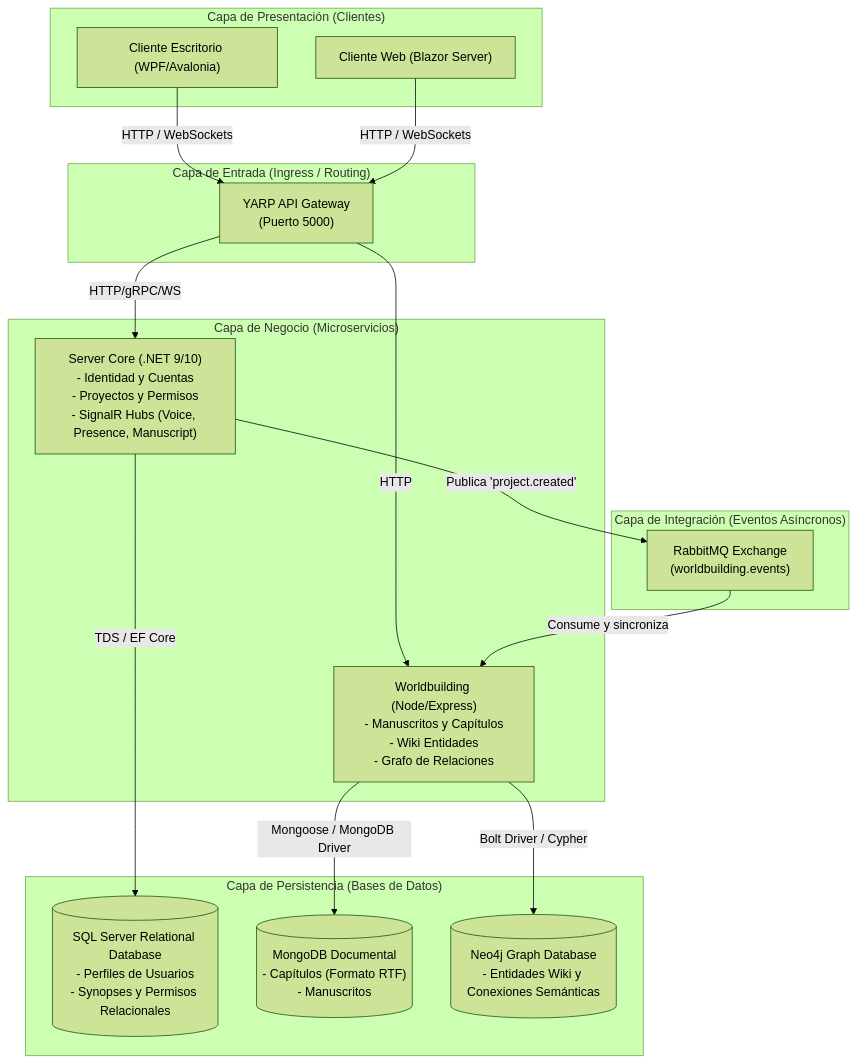
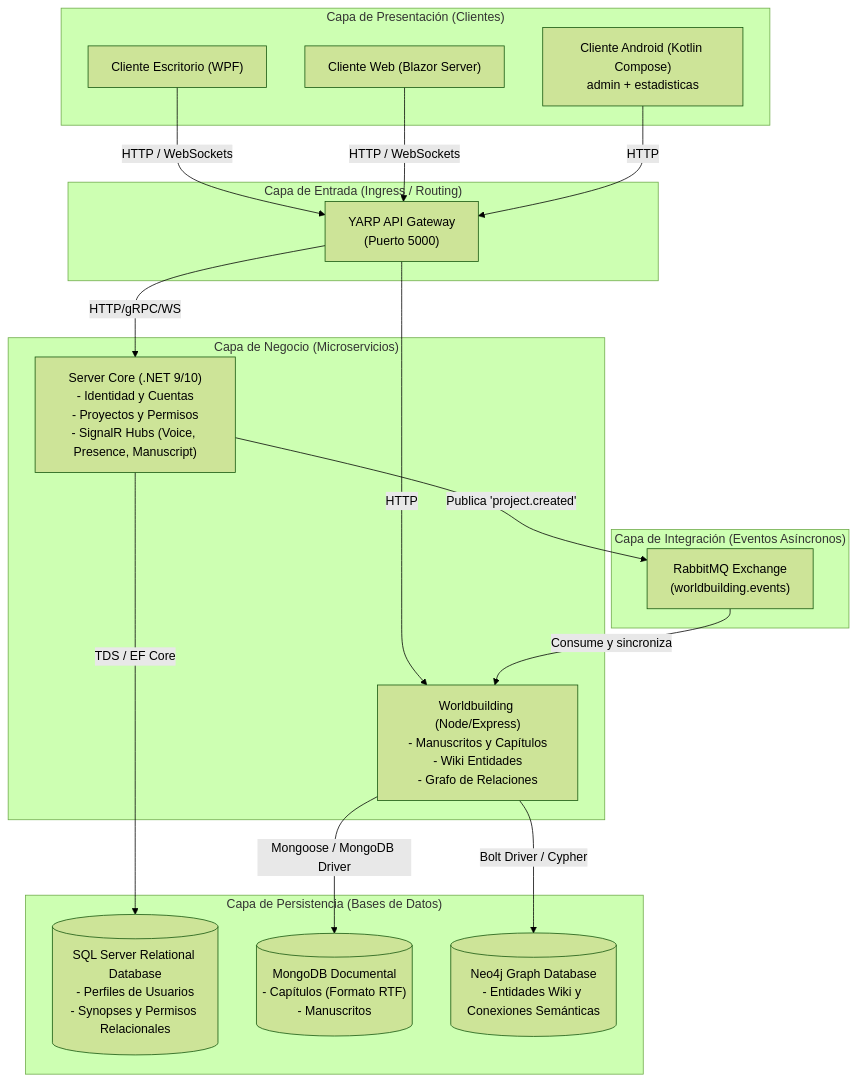
Before and after one commit to SnakeGuitar/layla-writing-platform: the first of 2 diagrams in README.md, drawn with Mermaid (forest theme). The commit also changed other lines of this file and 9 other files, not shown here.

````diff
--- a/README.md
+++ b/README.md
@@ -36,43 +38,45 @@
 ```mermaid
 graph TB
     subgraph Clientes ["Capa de Presentación (Clientes)"]
-        WPF["Cliente Escritorio (WPF/Avalonia)"]
+        WPF["Cliente Escritorio (WPF)"]
         Blazor["Cliente Web (Blazor Server)"]
+        Android["Cliente Android (Kotlin Compose)<br/>admin + estadisticas"]
     end
 
     subgraph Entrada ["Capa de Entrada (Ingress / Routing)"]
         YARP["YARP API Gateway<br/>(Puerto 5000)"]
     end
 
     subgraph Microservicios ["Capa de Negocio (Microservicios)"]
         Core["Server Core (.NET 9/10)<br/>- Identidad y Cuentas<br/>- Proyectos y Permisos<br/>- SignalR Hubs (Voice, Presence, Manuscript)"]
         WB["Worldbuilding (Node/Express)<br/>- Manuscritos y Capítulos<br/>- Wiki Entidades<br/>- Grafo de Relaciones"]
     end
 
     subgraph Mensajeria ["Capa de Integración (Eventos Asíncronos)"]
         Rabbit["RabbitMQ Exchange<br/>(worldbuilding.events)"]
     end
 
     subgraph Datos ["Capa de Persistencia (Bases de Datos)"]
         SQL[("SQL Server Relational Database<br/>- Perfiles de Usuarios<br/>- Synopses y Permisos Relacionales")]
         Mongo[("MongoDB Documental<br/>- Capítulos (Formato RTF)<br/>- Manuscritos")]
         Neo4j[("Neo4j Graph Database<br/>- Entidades Wiki y Conexiones Semánticas")]
     end
 
     %% Relaciones de clientes al Gateway
     WPF -->|HTTP / WebSockets| YARP
     Blazor -->|HTTP / WebSockets| YARP
+    Android -->|HTTP| YARP
 
     %% Enrutamiento del Gateway a microservicios
     YARP -->|HTTP/gRPC/WS| Core
     YARP -->|HTTP| WB
 
     %% Persistencia directa de microservicios
     Core -->|TDS / EF Core| SQL
     WB -->|Mongoose / MongoDB Driver| Mongo
     WB -->|Bolt Driver / Cypher| Neo4j
 
     %% Integración asíncrona
     Core -->|Publica 'project.created'| Rabbit
     Rabbit -->|Consume y sincroniza| WB
 ```
````
